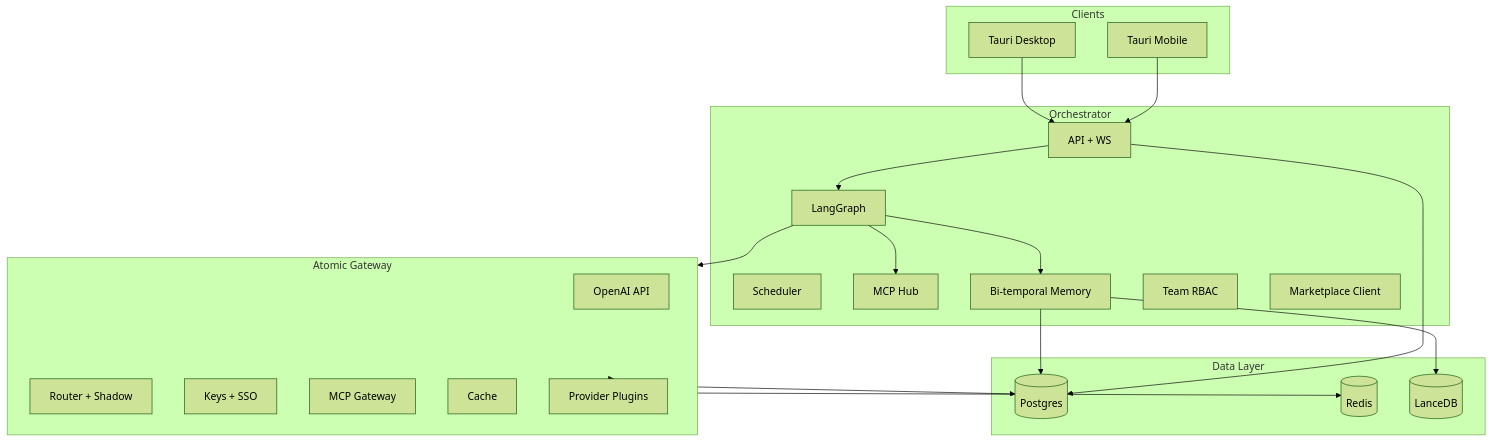
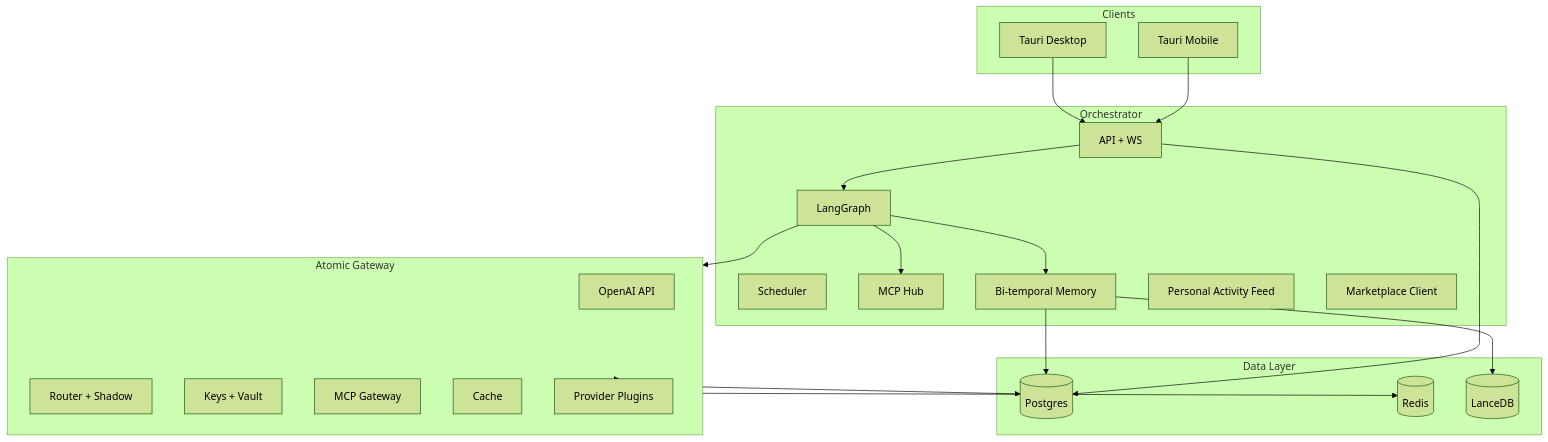
Before and after one commit to freqkflag/Atomic-Workstation: the diagram in docs/plans/2026-07-24-001-feat-atomic-workstation-plan.md, drawn with Mermaid (forest theme). The commit also changed other lines of this file and 1 other file, not shown here.

First line of the commit message:
docs: reframe plan for solo inventors, not teams

````diff
--- a/docs/plans/2026-07-24-001-feat-atomic-workstation-plan.md
+++ b/docs/plans/2026-07-24-001-feat-atomic-workstation-plan.md
@@ -300,45 +304,45 @@
 ```mermaid
 flowchart TB
   subgraph Clients["Clients"]
     Desktop[Tauri Desktop]
     Mobile[Tauri Mobile]
   end
 
   subgraph Orchestrator["Orchestrator"]
     API[API + WS]
     Agent[LangGraph]
     Sched[Scheduler]
     LocalMCP[MCP Hub]
     Mem[Bi-temporal Memory]
-    Teams[Team RBAC]
+    Activity[Personal Activity Feed]
     Market[Marketplace Client]
   end
 
   subgraph Gateway["Atomic Gateway"]
     Proxy[OpenAI API]
     Router[Router + Shadow]
-    Auth[Keys + SSO]
+    Auth[Keys + Vault]
     MCPgw[MCP Gateway]
     Cache[Cache]
     Adapters[Provider Plugins]
   end
 
   subgraph Data["Data Layer"]
     PG[(Postgres)]
     Redis[(Redis)]
     Lance[(LanceDB)]
   end
 
   Desktop --> API
   Mobile --> API
   API --> Agent
   Agent --> Gateway
   Agent --> LocalMCP
   Agent --> Mem
   Gateway --> Adapters
   Gateway --> PG
   Gateway --> Redis
   Mem --> PG
   Mem --> Lance
   API --> PG
 ```
````
